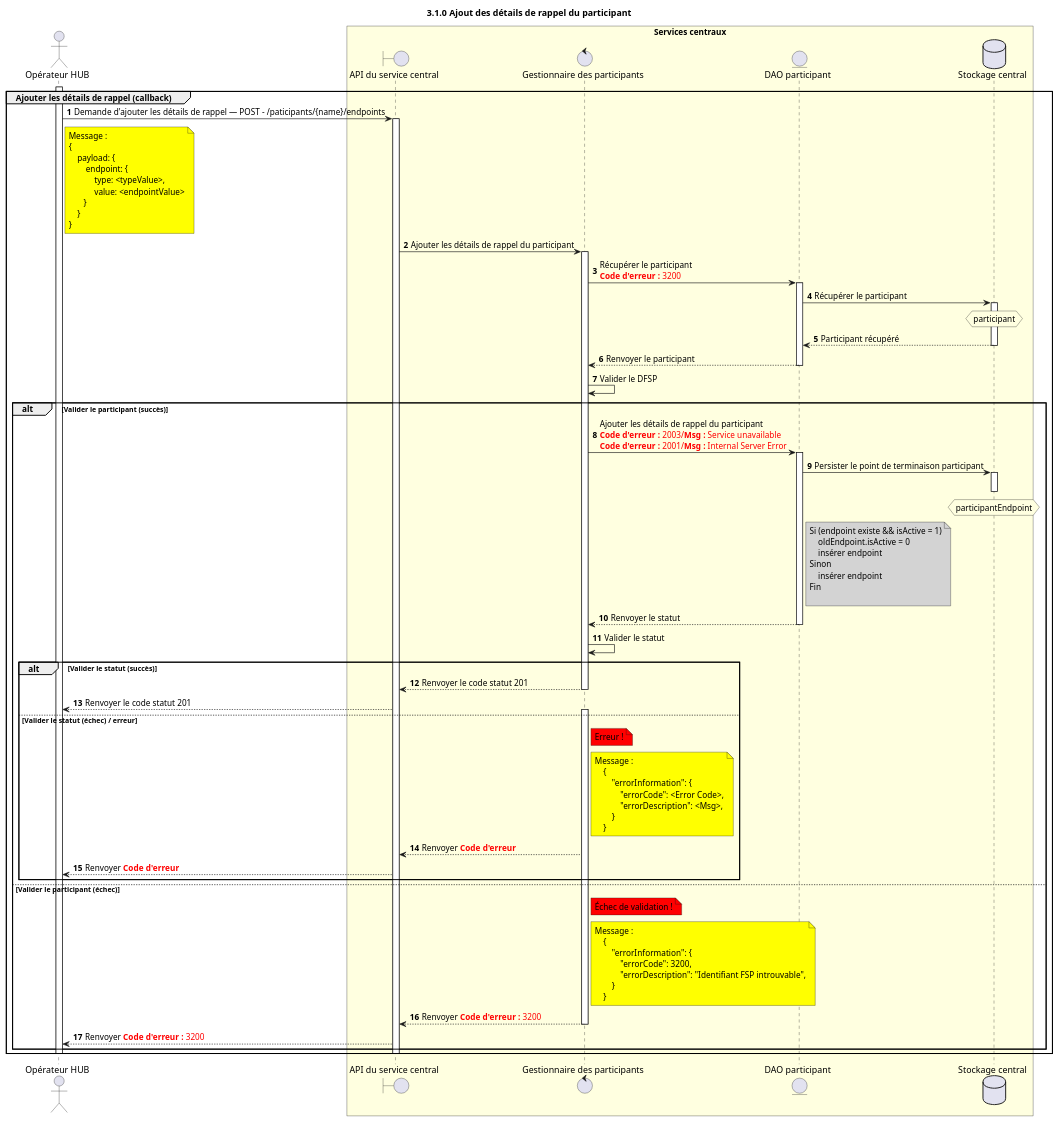
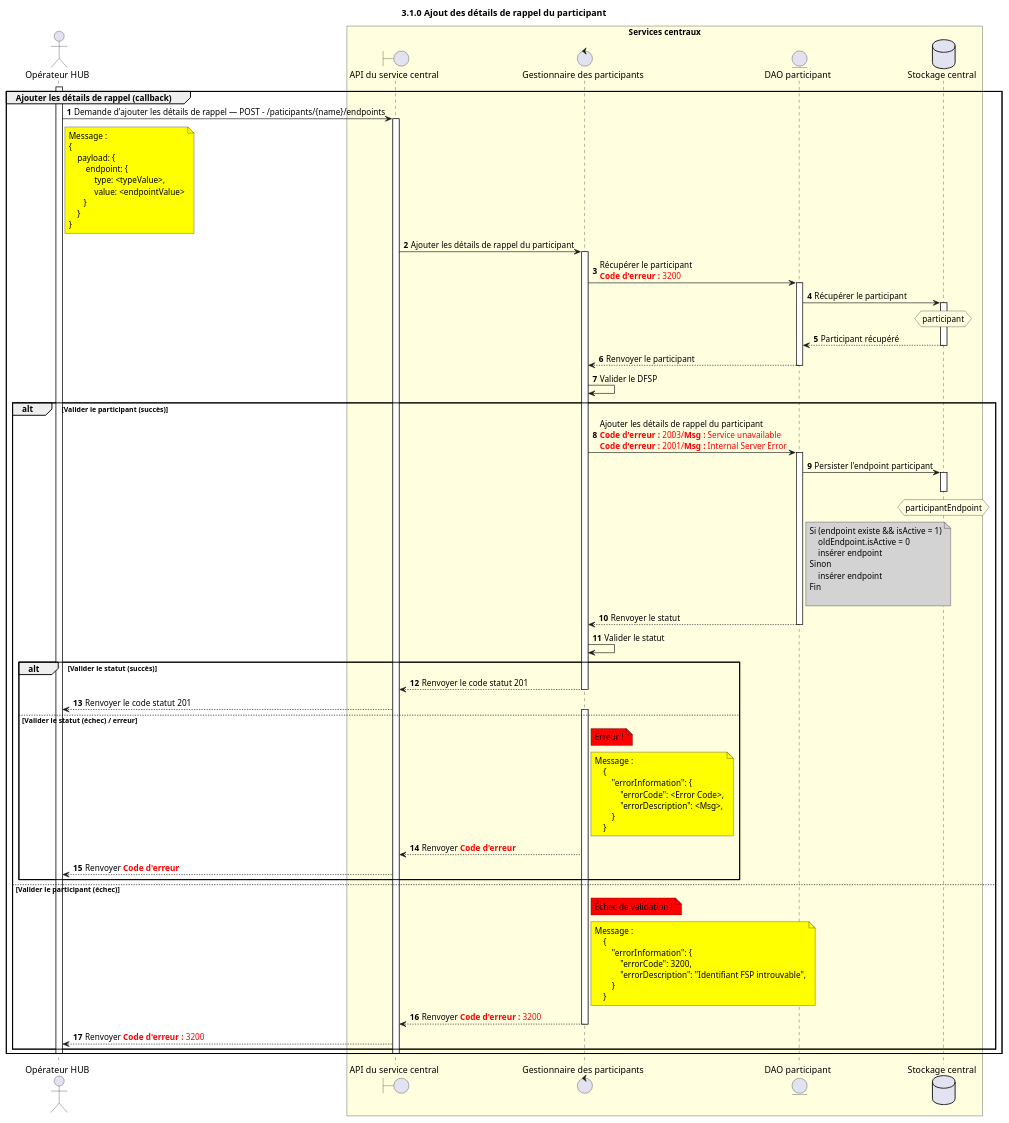
One commit to mojaloop/documentation changed the diagram in docs/fr/technical/technical/central-ledger/assets/diagrams/sequence/seq-callback-add-3.1.0.plantuml. Above: the diagram before and after it, drawn with PlantUML. The commit also changed 51 other files, not shown here.

```diff
--- a/docs/fr/technical/technical/central-ledger/assets/diagrams/sequence/seq-callback-add-3.1.0.plantuml
+++ b/docs/fr/technical/technical/central-ledger/assets/diagrams/sequence/seq-callback-add-3.1.0.plantuml
@@ -26,124 +26,124 @@
 @startuml
 ' declate title
 title 3.1.0 Ajout des détails de rappel du participant
 
 autonumber
 ' Actor Keys:
 ' boundary - APIs/Interfaces, etc
 ' collections - Kafka Topics
 ' control - Kafka Consumers
 ' entity - Database Access Objects
 ' database - Database Persistance Store
 
 ' declare actors
 actor "Opérateur HUB" as OPERATOR
 boundary "API du service central" as CSAPI
 control "Gestionnaire des participants" as PARTICIPANT_HANDLER
 entity "API du service central" as CSAPI
 entity "DAO participant" as PARTICIPANT_DAO
 database "Stockage central" as DB
 
 box "Services centraux" #LightYellow
 participant CSAPI
 participant PARTICIPANT_HANDLER
 participant PARTICIPANT_DAO
 participant DB
 end box
 
 ' start flow
 
 activate OPERATOR
 group Ajouter les détails de rappel (callback)
     OPERATOR -> CSAPI: Demande d'ajouter les détails de rappel — POST - /paticipants/{name}/endpoints
     note right of OPERATOR #yellow
         Message :
         {
             payload: {
                 endpoint: {
                     type: <typeValue>,
                     value: <endpointValue>
                }
             }
         }
     end note
 
     activate CSAPI
     CSAPI -> PARTICIPANT_HANDLER: Ajouter les détails de rappel du participant
     activate PARTICIPANT_HANDLER
     PARTICIPANT_HANDLER ->PARTICIPANT_DAO: Récupérer le participant \n<color #FF0000><b>Code d'erreur :</b> 3200</color>
 
     activate PARTICIPANT_DAO
     PARTICIPANT_DAO -> DB: Récupérer le participant
     activate DB
     hnote over DB #lightyellow
         participant
     end note
     DB --> PARTICIPANT_DAO: Participant récupéré
     deactivate DB
     PARTICIPANT_DAO --> PARTICIPANT_HANDLER: Renvoyer le participant
     deactivate PARTICIPANT_DAO
     PARTICIPANT_HANDLER ->PARTICIPANT_HANDLER: Valider le DFSP
     alt Valider le participant (succès)
         PARTICIPANT_HANDLER ->PARTICIPANT_DAO: Ajouter les détails de rappel du participant \n<color #FF0000><b>Code d'erreur :</b> 2003/<b>Msg :</b> Service unavailable </color> \n<color #FF0000><b>Code d'erreur :</b> 2001/<b>Msg :</b> Internal Server Error </color>
         activate PARTICIPANT_DAO
-        PARTICIPANT_DAO -> DB: Persister le point de terminaison participant
+        PARTICIPANT_DAO -> DB: Persister l'endpoint participant
         activate DB
         hnote over DB #lightyellow
             participantEndpoint
         end note
         deactivate DB
         note right of PARTICIPANT_DAO #lightgrey
             Si (endpoint existe && isActive = 1)
                 oldEndpoint.isActive = 0
                 insérer endpoint
             Sinon
                 insérer endpoint
             Fin
                 
         end note
         PARTICIPANT_DAO --> PARTICIPANT_HANDLER: Renvoyer le statut
         deactivate PARTICIPANT_DAO
         PARTICIPANT_HANDLER -> PARTICIPANT_HANDLER: Valider le statut
         alt Valider le statut (succès)
             PARTICIPANT_HANDLER -->CSAPI: Renvoyer le code statut 201
             deactivate PARTICIPANT_HANDLER
             CSAPI -->OPERATOR: Renvoyer le code statut 201
         else Valider le statut (échec) / erreur
             note right of PARTICIPANT_HANDLER #red: Erreur !
             activate PARTICIPANT_HANDLER
             note right of PARTICIPANT_HANDLER #yellow
             Message :
                 {
                     "errorInformation": {
                         "errorCode": <Error Code>,
                         "errorDescription": <Msg>,
                     }
                 }
             end note
             PARTICIPANT_HANDLER -->CSAPI: Renvoyer <color #FF0000><b>Code d'erreur</b></color>
            ' deactivate PARTICIPANT_HANDLER
             CSAPI -->OPERATOR: Renvoyer <color #FF0000><b>Code d'erreur</b></color>
             
         end
 
     else Valider le participant (échec)
         note right of PARTICIPANT_HANDLER #red: Échec de validation !
         activate PARTICIPANT_HANDLER
         note right of PARTICIPANT_HANDLER #yellow
             Message :
                 {
                     "errorInformation": {
                         "errorCode": 3200,
                         "errorDescription": "Identifiant FSP introuvable",
                     }
                 }
         end note
         PARTICIPANT_HANDLER -->CSAPI: Renvoyer <color #FF0000><b>Code d'erreur :</b> 3200</color>
         deactivate PARTICIPANT_HANDLER
         CSAPI -->OPERATOR: Renvoyer <color #FF0000><b>Code d'erreur :</b> 3200</color>
 
     end
     deactivate CSAPI
     deactivate OPERATOR
 end
 @enduml
```
